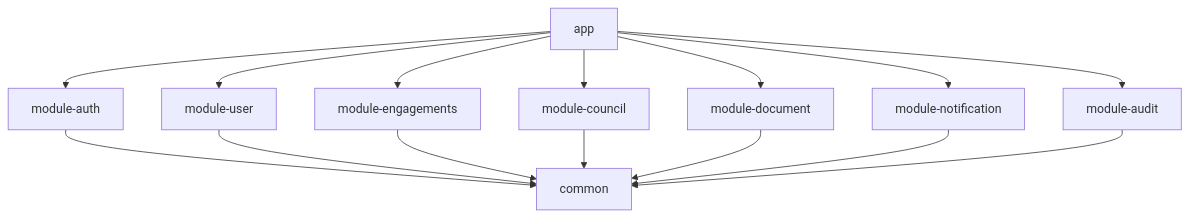
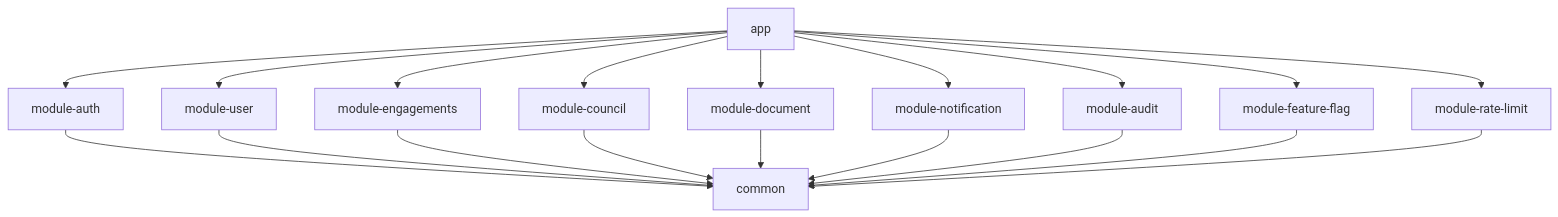
One commit to sc-kpi/sc-kpi-api changed the first of 2 diagrams in README.md. Above: the diagram before and after it, drawn with Mermaid. The commit also changed other lines of this file and 11 other files, not shown here.

````diff
--- a/README.md
+++ b/README.md
@@ -30,30 +30,36 @@
 ```mermaid
 graph TD
     app[app]
 
     auth[module-auth]
     user[module-user]
     engagements[module-engagements]
     council[module-council]
     document[module-document]
     notification[module-notification]
     audit[module-audit]
+    featureflag[module-feature-flag]
+    ratelimit[module-rate-limit]
 
     common[common]
 
     app --> auth
     app --> user
     app --> engagements
     app --> council
     app --> document
     app --> notification
     app --> audit
+    app --> featureflag
+    app --> ratelimit
 
     auth --> common
     user --> common
     engagements --> common
     council --> common
     document --> common
     notification --> common
     audit --> common
+    featureflag --> common
+    ratelimit --> common
 ```
````
